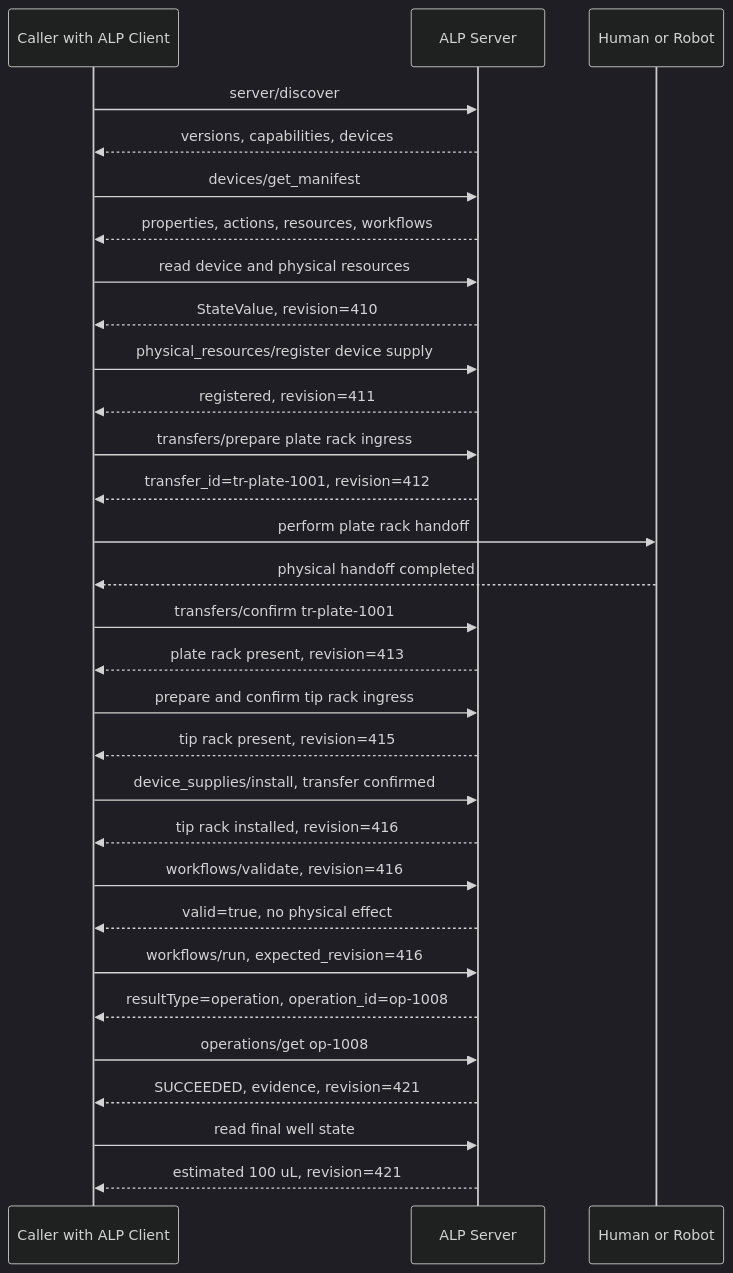
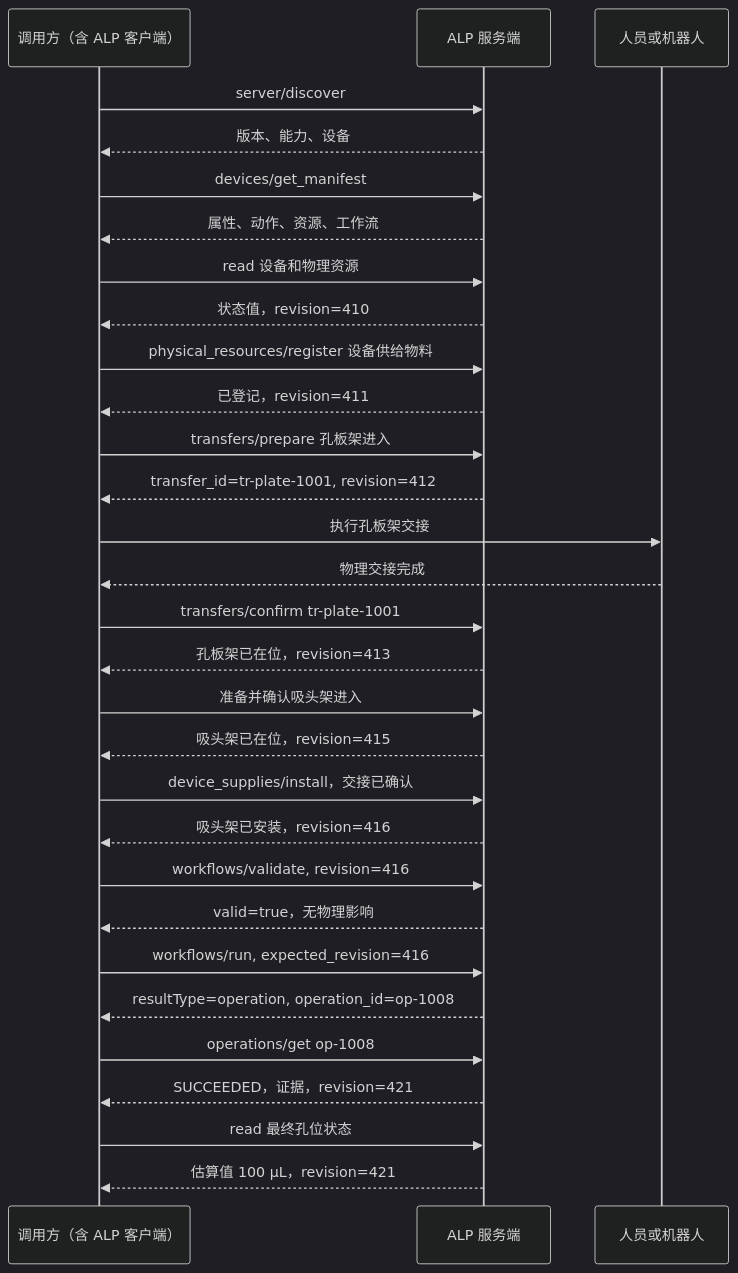
The diagram in examples/liquid-sampling.md (lijiehelloworld/automationlaboratoryprotocol), drawn with Mermaid (dark theme) before and after one commit. The commit also changed other lines of this file and 27 other files, not shown here.

````diff
--- a/examples/liquid-sampling.md
+++ b/examples/liquid-sampling.md
@@ -12,33 +12,33 @@
 ```mermaid
 sequenceDiagram
-    participant C as Caller with ALP Client
-    participant S as ALP Server
-    participant H as Human or Robot
+    participant C as 调用方（含 ALP 客户端）
+    participant S as ALP 服务端
+    participant H as 人员或机器人
 
     C->>S: server/discover
-    S-->>C: versions, capabilities, devices
+    S-->>C: 版本、能力、设备
     C->>S: devices/get_manifest
-    S-->>C: properties, actions, resources, workflows
-    C->>S: read device and physical resources
-    S-->>C: StateValue, revision=410
-    C->>S: physical_resources/register device supply
-    S-->>C: registered, revision=411
-    C->>S: transfers/prepare plate rack ingress
+    S-->>C: 属性、动作、资源、工作流
+    C->>S: read 设备和物理资源
+    S-->>C: 状态值，revision=410
+    C->>S: physical_resources/register 设备供给物料
+    S-->>C: 已登记，revision=411
+    C->>S: transfers/prepare 孔板架进入
     S-->>C: transfer_id=tr-plate-1001, revision=412
-    C->>H: perform plate rack handoff
-    H-->>C: physical handoff completed
+    C->>H: 执行孔板架交接
+    H-->>C: 物理交接完成
     C->>S: transfers/confirm tr-plate-1001
-    S-->>C: plate rack present, revision=413
-    C->>S: prepare and confirm tip rack ingress
-    S-->>C: tip rack present, revision=415
-    C->>S: device_supplies/install, transfer confirmed
-    S-->>C: tip rack installed, revision=416
+    S-->>C: 孔板架已在位，revision=413
+    C->>S: 准备并确认吸头架进入
+    S-->>C: 吸头架已在位，revision=415
+    C->>S: device_supplies/install，交接已确认
+    S-->>C: 吸头架已安装，revision=416
     C->>S: workflows/validate, revision=416
-    S-->>C: valid=true, no physical effect
+    S-->>C: valid=true，无物理影响
     C->>S: workflows/run, expected_revision=416
     S-->>C: resultType=operation, operation_id=op-1008
     C->>S: operations/get op-1008
-    S-->>C: SUCCEEDED, evidence, revision=421
-    C->>S: read final well state
-    S-->>C: estimated 100 uL, revision=421
+    S-->>C: SUCCEEDED，证据，revision=421
+    C->>S: read 最终孔位状态
+    S-->>C: 估算值 100 μL，revision=421
 ```
````
